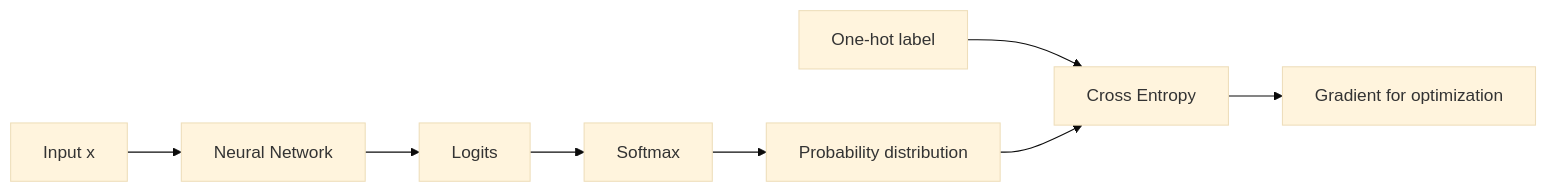
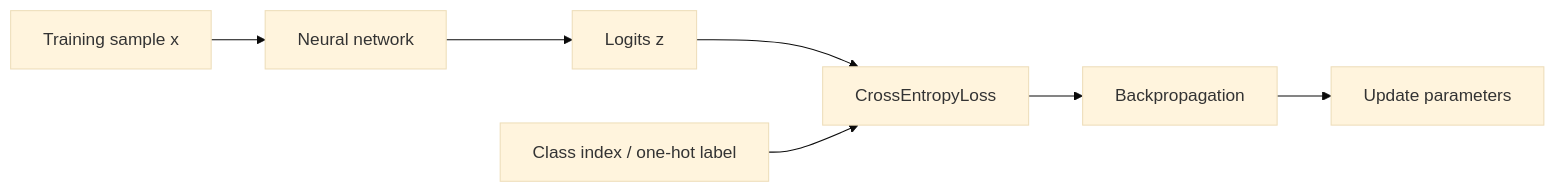
The third of 4 diagrams in docs/机器学习（lhy）-更新中/P7_类神经网络训练不起来怎么办_分类与损失函数.md (Sonnette51/stat_notes_sonnette), drawn with Mermaid (base theme) before and after one commit. The commit also changed other lines of this file and 4 other files, not shown here.

````diff
--- a/docs/机器学习（lhy）-更新中/P7_类神经网络训练不起来怎么办_分类与损失函数.md
+++ b/docs/机器学习（lhy）-更新中/P7_类神经网络训练不起来怎么办_分类与损失函数.md
@@ -19,10 +604,9 @@
 ```mermaid
 flowchart LR
-    A["Input x"] --> B["Neural Network"]
-    B --> C["Logits"]
-    C --> D["Softmax"]
-    D --> E["Probability distribution"]
-    F["One-hot label"] --> G["Cross Entropy"]
-    E --> G
-    G --> H["Gradient for optimization"]
+    A["Training sample x"] --> B["Neural network"]
+    B --> C["Logits z"]
+    C --> D["CrossEntropyLoss"]
+    E["Class index / one-hot label"] --> D
+    D --> F["Backpropagation"]
+    F --> G["Update parameters"]
 ```
````
